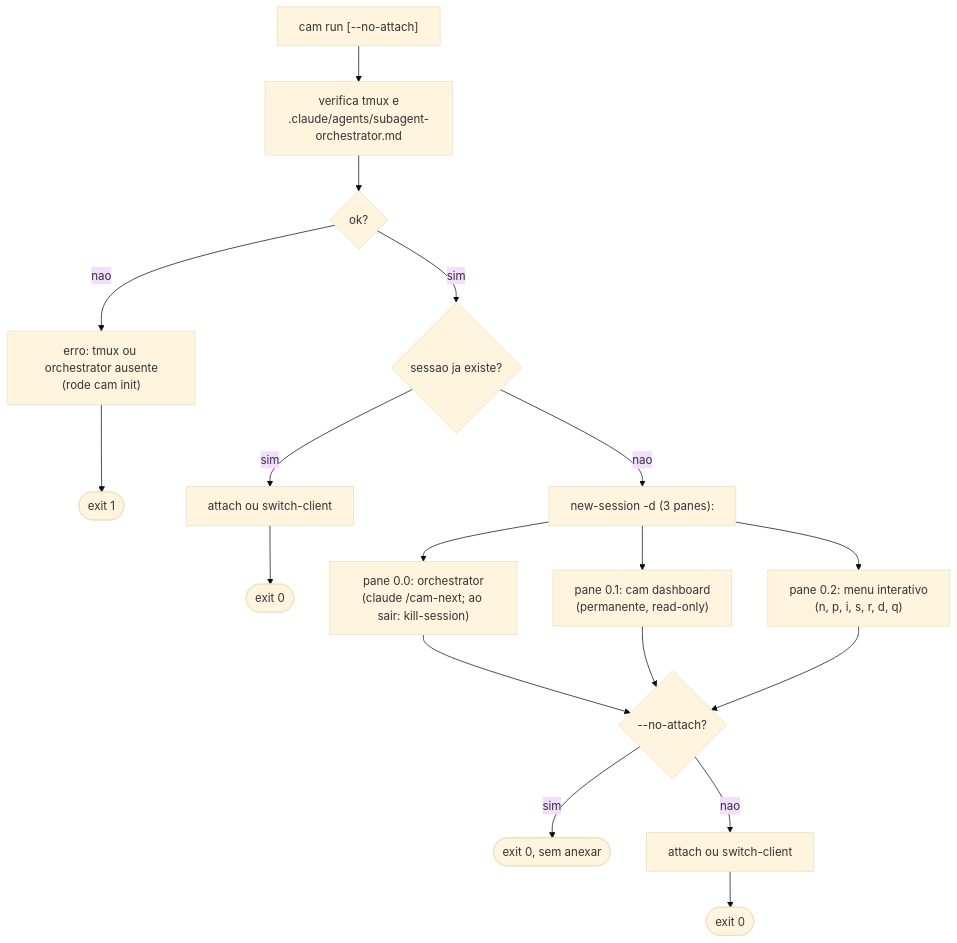
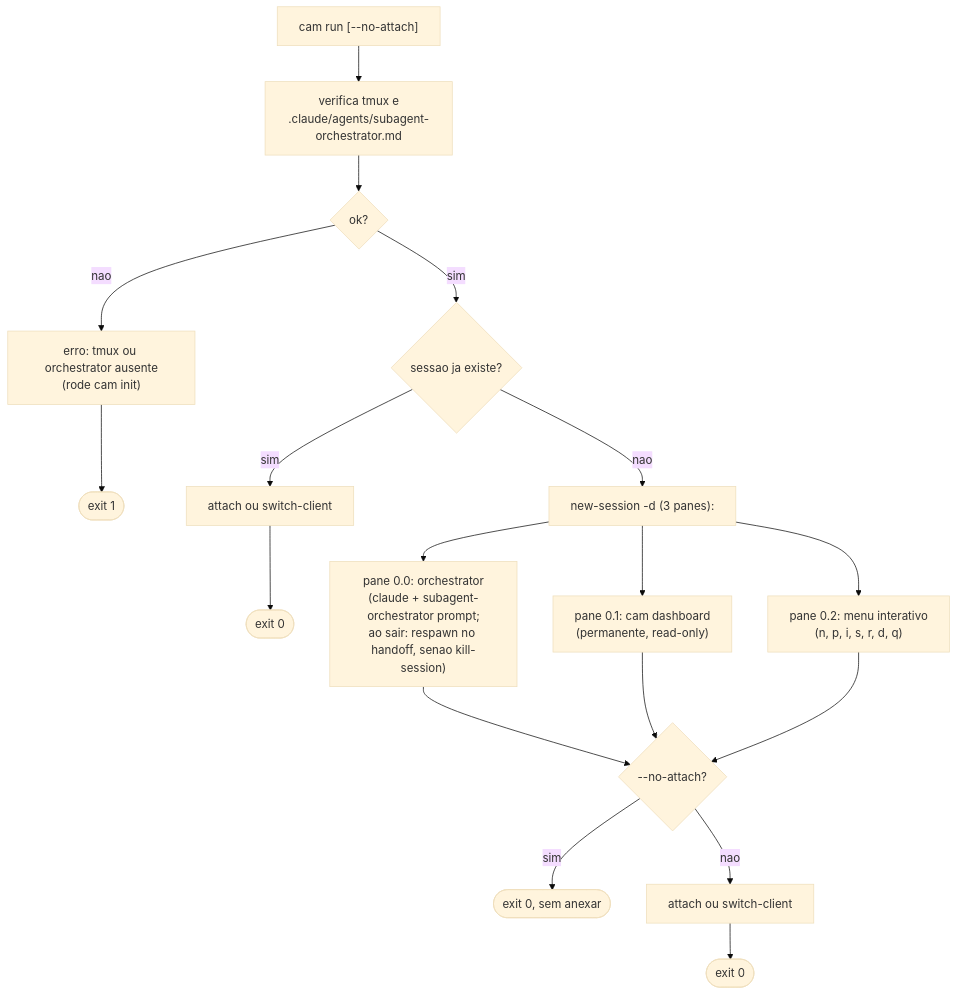
Before and after one commit to eduardocaminha/cam-cli: the third of 10 diagrams in FLOW.md, drawn with Mermaid (base theme). The commit also changed other lines of this file and 2 other files, not shown here.

First line of the commit message:
CAM-45: fix stale orchestrator/next pane docs (cam next in-process, orchestrator respawn) (#39)

````diff
--- a/FLOW.md
+++ b/FLOW.md
@@ -151,22 +154,22 @@
 ```mermaid
 flowchart TD
     A["cam run [--no-attach]"] --> CHECK["verifica tmux e<br/>.claude/agents/subagent-orchestrator.md"]
     CHECK --> CHKOK{"ok?"}
     CHKOK -->|nao| ERR["erro: tmux ou orchestrator ausente<br/>(rode cam init)"] --> EXIT1(["exit 1"])
 
     CHKOK -->|sim| EXISTS{"sessao ja existe?"}
     EXISTS -->|sim| ATTACH["attach ou switch-client"]
     ATTACH --> EXIT0a(["exit 0"])
 
     EXISTS -->|nao| CREATE["new-session -d (3 panes):"]
-    CREATE --> P0["pane 0.0: orchestrator<br/>(claude /cam-next; ao sair: kill-session)"]
+    CREATE --> P0["pane 0.0: orchestrator<br/>(claude + subagent-orchestrator prompt;<br/>ao sair: respawn no handoff, senao kill-session)"]
     CREATE --> P1["pane 0.1: cam dashboard<br/>(permanente, read-only)"]
     CREATE --> P2["pane 0.2: menu interativo<br/>(n, p, i, s, r, d, q)"]
 
     P0 --> NOATTACH{"--no-attach?"}
     P1 --> NOATTACH
     P2 --> NOATTACH
     NOATTACH -->|sim| EXIT0b(["exit 0, sem anexar"])
     NOATTACH -->|nao| ATTACH2["attach ou switch-client"]
     ATTACH2 --> EXIT0c(["exit 0"])
 ```
````
